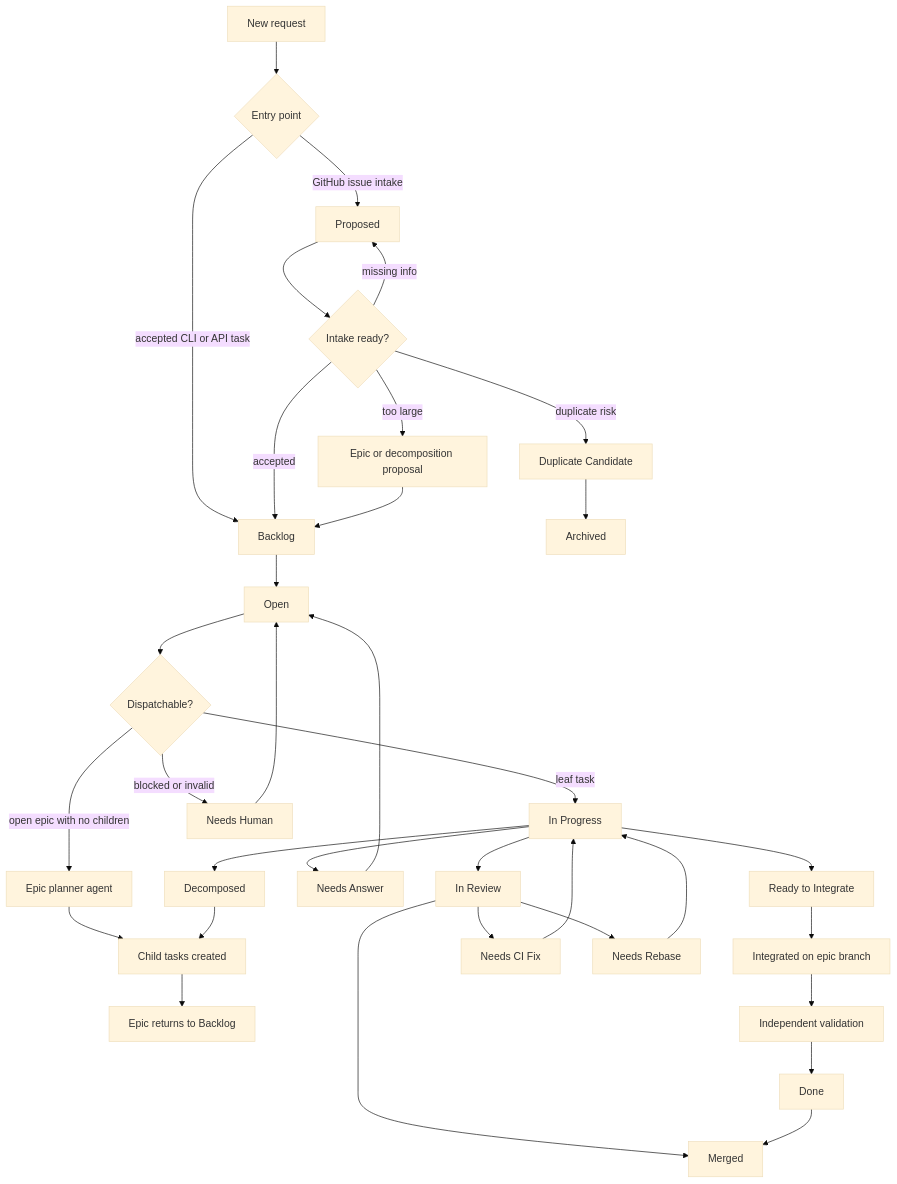
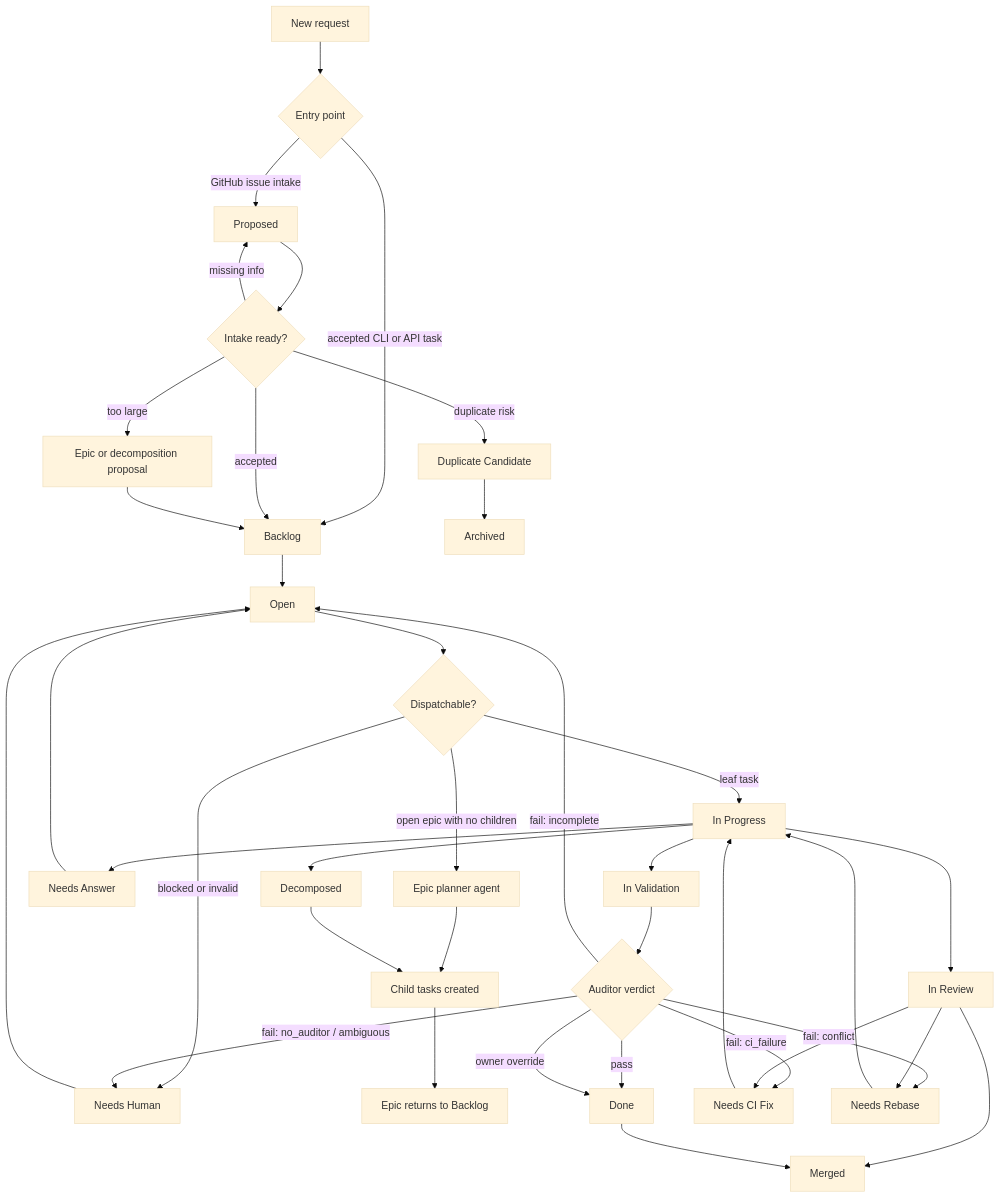
Before and after one commit to lesserevil/oompah: the second of 5 diagrams in docs/task-epic-workflow.md, drawn with Mermaid (base theme). The commit also changed other lines of this file and 17 other files, not shown here.

````diff
--- a/docs/task-epic-workflow.md
+++ b/docs/task-epic-workflow.md
@@ -66,43 +66,48 @@
 ```mermaid
 flowchart TD
     Request[New request] --> Entry{Entry point}
     Entry -- GitHub issue intake --> Proposed[Proposed]
     Entry -- accepted CLI or API task --> Backlog[Backlog]
 
     Proposed --> Intake{Intake ready?}
     Intake -- missing info --> Proposed
     Intake -- duplicate risk --> Duplicate[Duplicate Candidate]
     Intake -- accepted --> Backlog
     Intake -- too large --> EpicCandidate[Epic or decomposition proposal]
 
     EpicCandidate --> Backlog
     Backlog --> Open[Open]
 
     Open --> Dispatch{Dispatchable?}
     Dispatch -- leaf task --> InProgress[In Progress]
     Dispatch -- open epic with no children --> Planner[Epic planner agent]
     Dispatch -- blocked or invalid --> Waiting[Needs Human]
 
     Planner --> Children[Child tasks created]
     Children --> EpicBacklog[Epic returns to Backlog]
 
     InProgress --> Review[In Review]
     InProgress --> NeedsAnswer[Needs Answer]
     InProgress --> Decomposed[Decomposed]
-    InProgress --> Ready[Ready to Integrate]
-    Ready --> Integrated[Integrated on epic branch]
-    Integrated --> Validation[Independent validation]
-    Validation --> Done[Done]
+    InProgress --> InVal[In Validation]
+
+    InVal --> Audit{Auditor verdict}
+    Audit -- pass --> Done[Done]
+    Audit -- fail: incomplete --> Open
+    Audit -- fail: ci_failure --> NeedsCIFix[Needs CI Fix]
+    Audit -- fail: conflict --> NeedsRebase[Needs Rebase]
+    Audit -- fail: no_auditor / ambiguous --> Waiting
+    Audit -- owner override --> Done
 
     NeedsAnswer --> Open
     Waiting --> Open
-    Review --> NeedsCIFix[Needs CI Fix]
-    Review --> NeedsRebase[Needs Rebase]
+    Review --> NeedsCIFix
+    Review --> NeedsRebase
     NeedsCIFix --> InProgress
     NeedsRebase --> InProgress
     Review --> Merged[Merged]
 
     Duplicate --> Archived[Archived]
     Decomposed --> Children
     Done --> Merged
 ```
````
